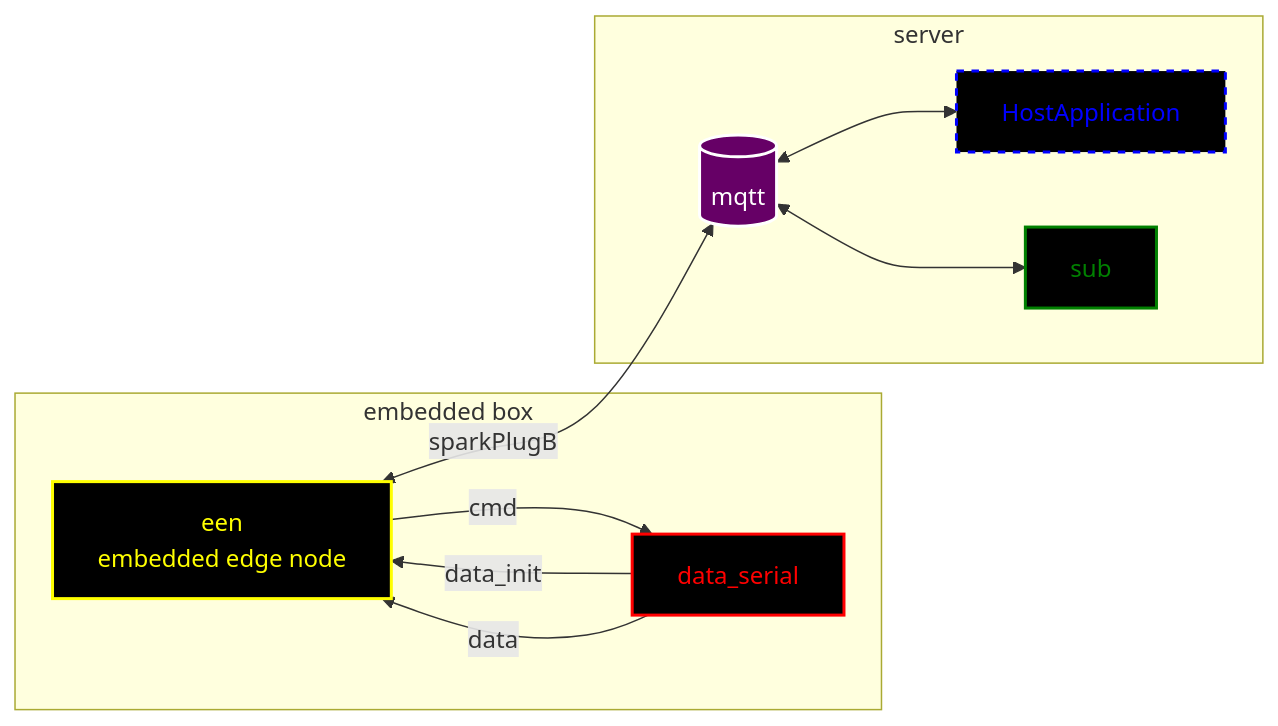
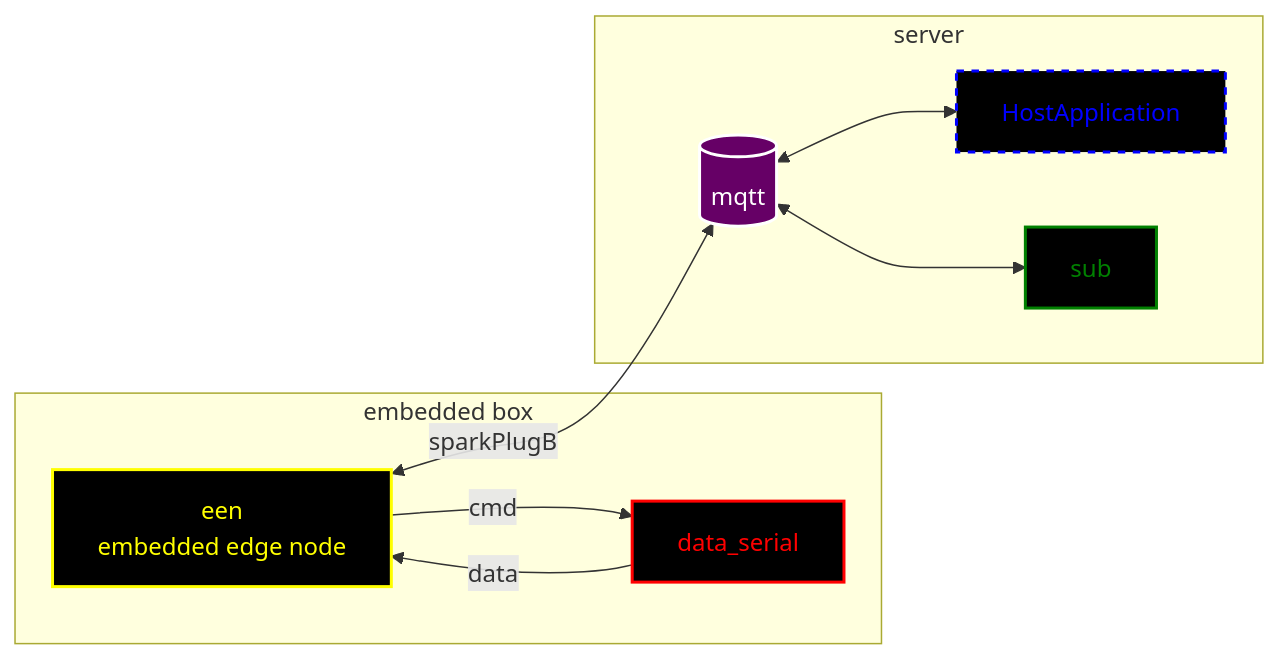
The first of 2 diagrams in README.md (DJTakushi/spbd), drawn with Mermaid before and after one commit. The commit also changed other lines of this file, not shown here.

Commit message:
een class diagram

````diff
--- a/README.md
+++ b/README.md
@@ -15,22 +15,21 @@
 ```mermaid
 flowchart LR
   subgraph embedded box
     een[een <br>embedded edge node]
-    data_serial --data_init--> een
     data_serial --data--> een
     een --cmd--> data_serial
 
     style data_serial fill:black,stroke:red,stroke-width:2px,color:red
     style een fill:black,stroke:yellow,stroke-width:2px,color:yellow
   end
 
   subgraph server
     mqtt <--> HostApplication
     een  <--sparkPlugB--> mqtt[(mqtt)] <--> sub
 
     style mqtt fill:#660066,stroke:#fff,stroke-width:2px,color:#fff
     style sub fill:black,stroke:green,stroke-width:2px,color:green
 
     style HostApplication fill:black,stroke:blue,stroke-width:2px,color:blue,stroke-dasharray: 5 5
   end
 ```
````
